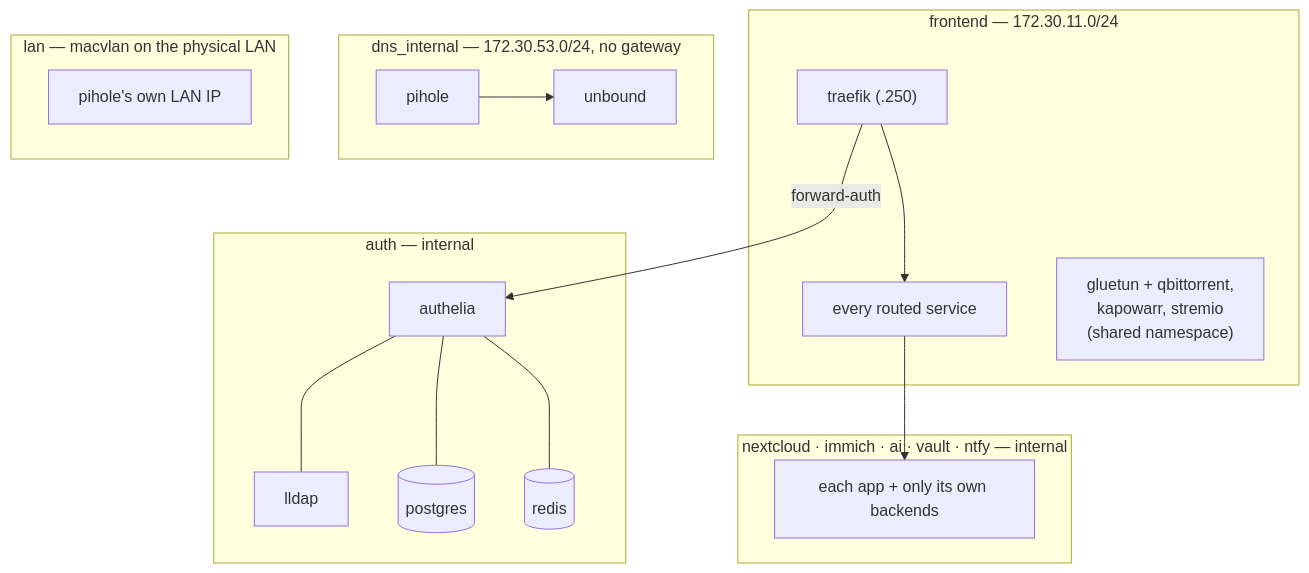
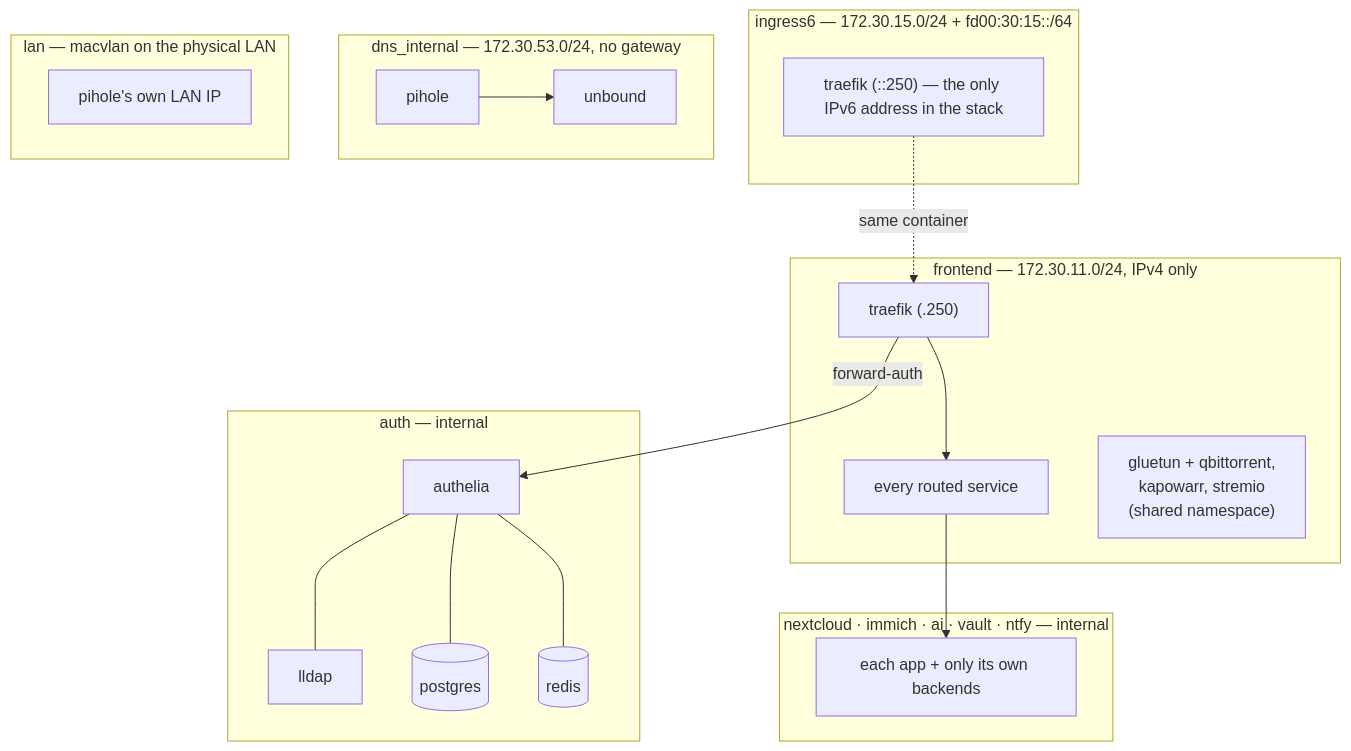
The second of 2 diagrams in docs/ARCHITECTURE.md (florianajir/pi-web), drawn with Mermaid before and after one commit. The commit also changed other lines of this file and 13 other files, not shown here.

````diff
--- a/docs/ARCHITECTURE.md
+++ b/docs/ARCHITECTURE.md
@@ -96,26 +96,30 @@
 ```mermaid
 flowchart TB
-    subgraph frontend["frontend — 172.30.11.0/24"]
+    subgraph ingress6_net["ingress6 — 172.30.15.0/24 + fd00:30:15::/64"]
+        TraefikV6["traefik (::250) — the only IPv6 address in the stack"]
+    end
+    subgraph frontend["frontend — 172.30.11.0/24, IPv4 only"]
         Traefik["traefik (.250)"]
         Services["every routed service"]
         Gluetun["gluetun + qbittorrent,\nkapowarr, stremio\n(shared namespace)"]
     end
     subgraph auth["auth — internal"]
         AutheliaB[authelia] --- LLDAP[lldap]
         AutheliaB --- PG_Auth[(postgres)]
         AutheliaB --- Redis_Auth[(redis)]
     end
     subgraph app["nextcloud · immich · ai · vault · ntfy — internal"]
         App["each app + only its own backends"]
     end
     subgraph dns["dns_internal — 172.30.53.0/24, no gateway"]
         PH[pihole] --> UB[unbound]
     end
     subgraph lan_net["lan — macvlan on the physical LAN"]
         PH_LAN["pihole's own LAN IP"]
     end
 
+    TraefikV6 -.->|same container| Traefik
     Traefik --> Services
     Traefik -->|forward-auth| AutheliaB
     Services --> App
 ```
````
